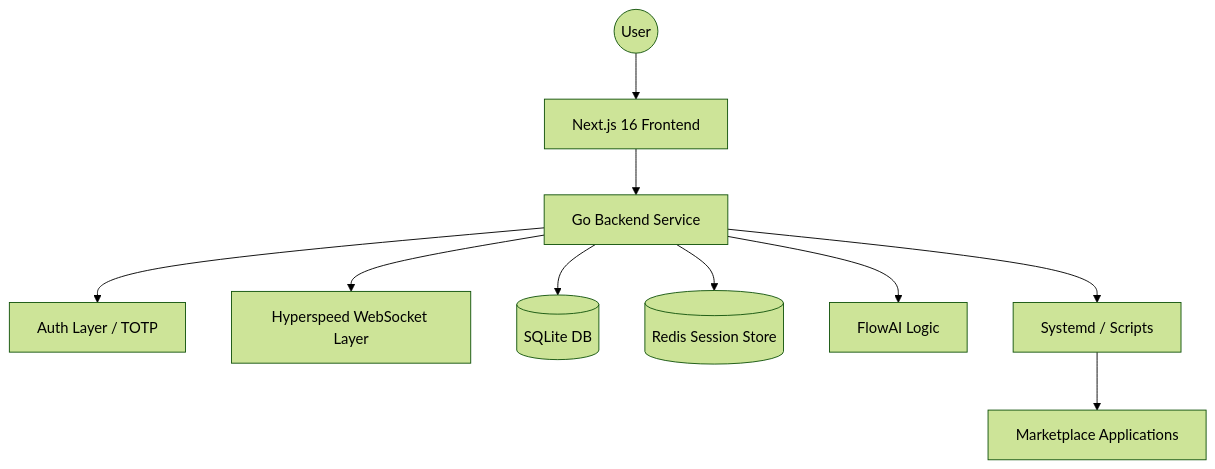
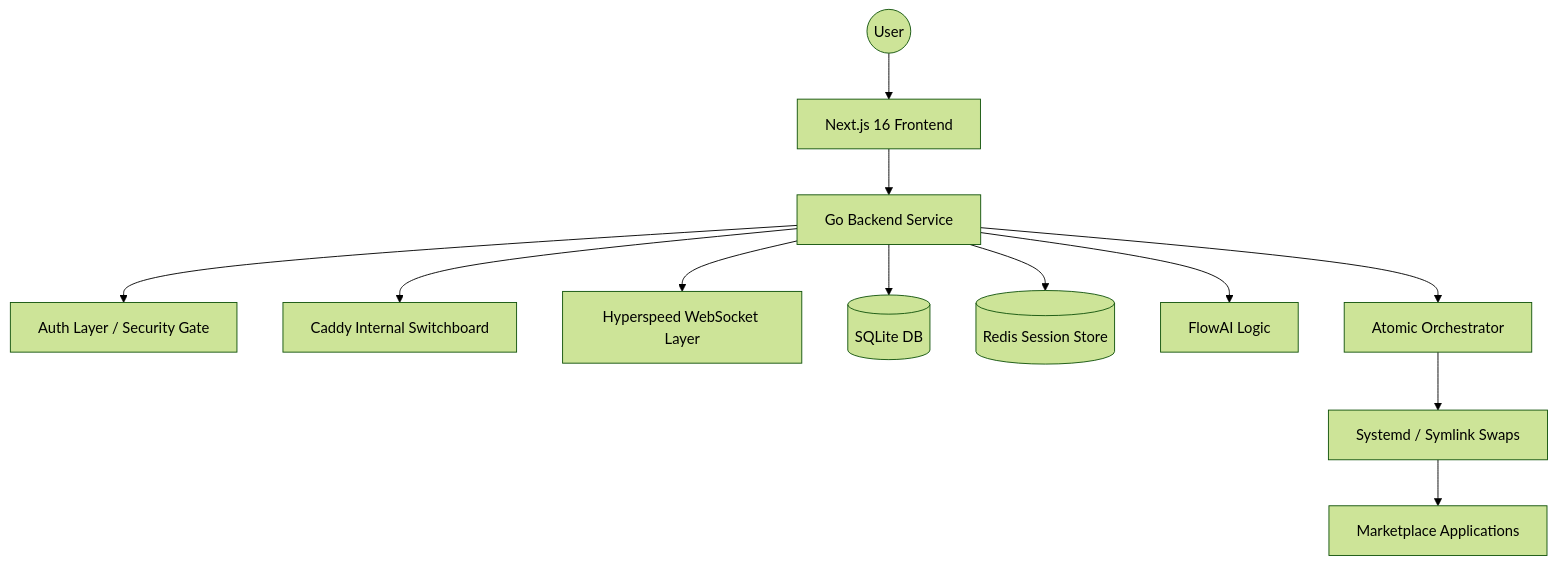
One commit to McEveritts/AetherFlow changed the diagram in docs/architecture.md. Above: the diagram before and after it, drawn with Mermaid (forest theme). The commit also changed other lines of this file and 33 other files, not shown here.

````diff
--- a/docs/architecture.md
+++ b/docs/architecture.md
@@ -7,12 +7,14 @@
 ```mermaid
 graph TD
     User((User)) --> Web[Next.js 16 Frontend]
     Web --> API[Go Backend Service]
-    API --> Auth[Auth Layer / TOTP]
+    API --> Auth[Auth Layer / Security Gate]
+    API --> Caddy[Caddy Internal Switchboard]
     API --> WS[Hyperspeed WebSocket Layer]
     API --> DB[(SQLite DB)]
     API --> Redis[(Redis Session Store)]
     API --> AI[FlowAI Logic]
-    API --> Sys[Systemd / Scripts]
+    API --> Orchestrator[Atomic Orchestrator]
+    Orchestrator --> Sys[Systemd / Symlink Swaps]
     Sys --> Apps[Marketplace Applications]
 ```
````
